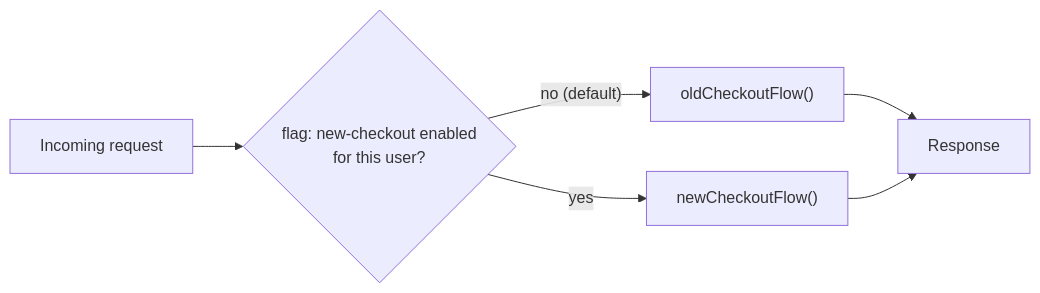
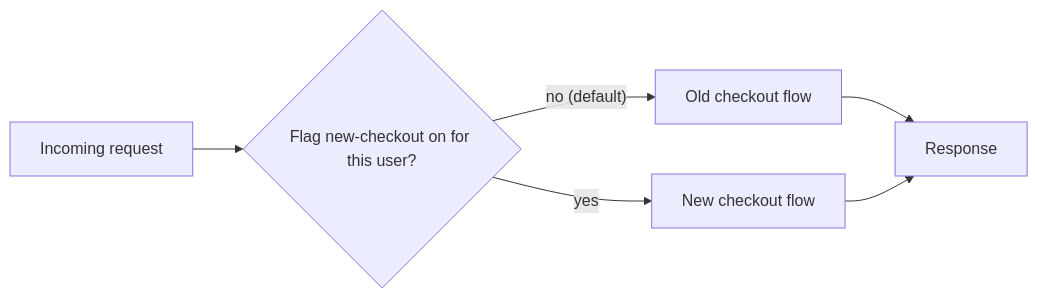
One commit to francoandreDev/knowledge changed the first of 3 diagrams in src/content/git-teamwork/feature-flags/L2-concept.mdx. Above: the diagram before and after it, drawn with Mermaid. The commit also changed other lines of this file and 3 other files, not shown here.

````diff
--- a/src/content/git-teamwork/feature-flags/L2-concept.mdx
+++ b/src/content/git-teamwork/feature-flags/L2-concept.mdx
@@ -33,8 +35,8 @@
 ```mermaid
 flowchart LR
-    Req["Incoming request"] --> Check{"flag: new-checkout enabled\nfor this user?"}
-    Check -- "no (default)" --> Old["oldCheckoutFlow()"]
-    Check -- "yes" --> New["newCheckoutFlow()"]
+    Req["Incoming request"] --> Check{"Flag new-checkout on for this user?"}
+    Check -- "no (default)" --> Old["Old checkout flow"]
+    Check -- "yes" --> New["New checkout flow"]
     Old --> Resp["Response"]
     New --> Resp
 ```
````
